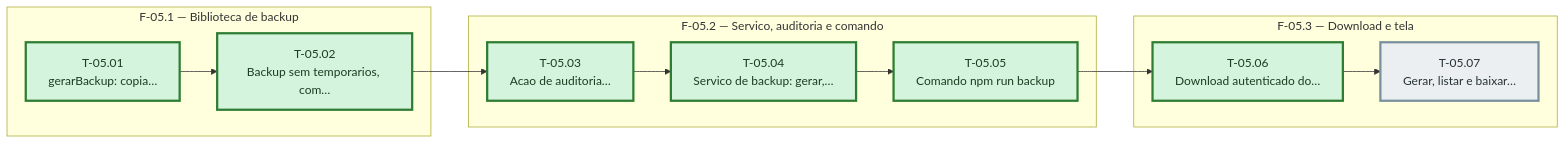
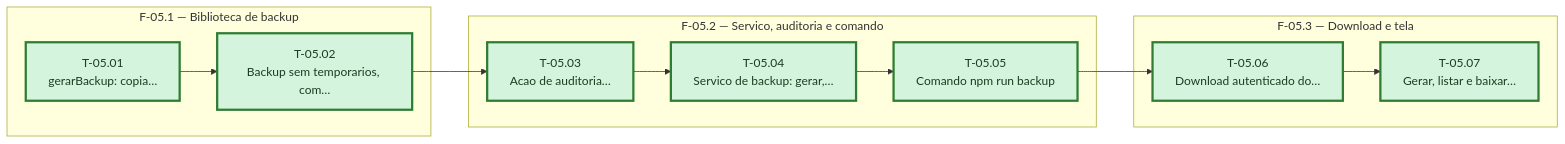
Before and after one commit to bittencourtthulio/converse-chatbot: the diagram in docs/operacao-e-backup/sprint-05/fases.md, drawn with Mermaid. The commit also changed other lines of this file and 16 other files, not shown here.

````diff
--- a/docs/operacao-e-backup/sprint-05/fases.md
+++ b/docs/operacao-e-backup/sprint-05/fases.md
@@ -38,38 +38,38 @@
 ```mermaid
 %% Grafo de tasks — sprint-05 — gerado pela sprintx a partir de tasks.md
 flowchart LR
   subgraph fase_05_1["F-05.1 — Biblioteca de backup"]
     T_05_01["T-05.01<br/>gerarBackup: copia…"]
     T_05_02["T-05.02<br/>Backup sem temporarios, com…"]
   end
   subgraph fase_05_2["F-05.2 — Servico, auditoria e comando"]
     T_05_03["T-05.03<br/>Acao de auditoria…"]
     T_05_04["T-05.04<br/>Servico de backup: gerar,…"]
     T_05_05["T-05.05<br/>Comando npm run backup"]
   end
   subgraph fase_05_3["F-05.3 — Download e tela"]
     T_05_06["T-05.06<br/>Download autenticado do…"]
     T_05_07["T-05.07<br/>Gerar, listar e baixar…"]
   end
   T_05_01 --> T_05_02
   T_05_02 --> T_05_03
   T_05_03 --> T_05_04
   T_05_04 --> T_05_05
   T_05_05 --> T_05_06
   T_05_06 --> T_05_07
 
   classDef concluida fill:#d4f4dd,stroke:#2e7d32,color:#1b3d20
   classDef andamento fill:#fff3cd,stroke:#b8860b,color:#4a3800
   classDef bloqueada fill:#f8d7da,stroke:#c62828,color:#4a1d1f
   classDef pendente  fill:#eceff1,stroke:#78909c,color:#263238
   classDef critico   stroke-width:3px
 
   class T_05_01 concluida
   class T_05_02 concluida
   class T_05_03 concluida
   class T_05_04 concluida
   class T_05_05 concluida
   class T_05_06 concluida
-  class T_05_07 pendente
+  class T_05_07 concluida
   class T_05_07,T_05_06,T_05_05,T_05_04,T_05_03,T_05_02,T_05_01 critico
 ```
````
